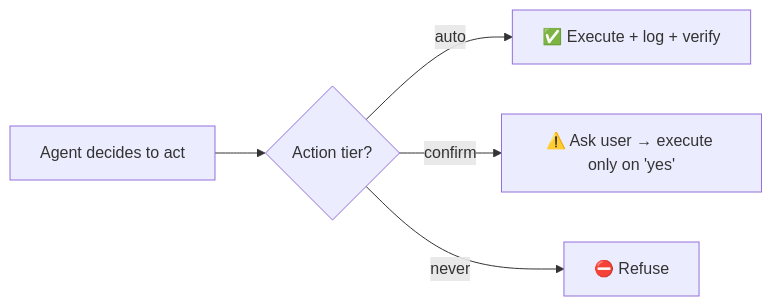
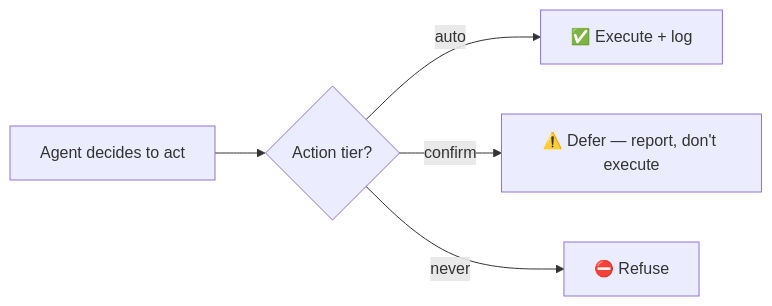
One commit to kunalkhosla/jarvis changed the diagram in docs/GUARDRAILS.md. Above: the diagram before and after it, drawn with Mermaid. The commit also changed other lines of this file and 5 other files, not shown here.

````diff
--- a/docs/GUARDRAILS.md
+++ b/docs/GUARDRAILS.md
@@ -8,7 +9,7 @@
 ```mermaid
 flowchart LR
     A["Agent decides to act"] --> T{Action tier?}
-    T -->|auto| DO["✅ Execute + log + verify"]
-    T -->|confirm| ASK["⚠️ Ask user → execute only on 'yes'"]
+    T -->|auto| DO["✅ Execute + log"]
+    T -->|confirm| ASK["⚠️ Defer — report, don't execute"]
     T -->|never| NO["⛔ Refuse"]
 ```
````
